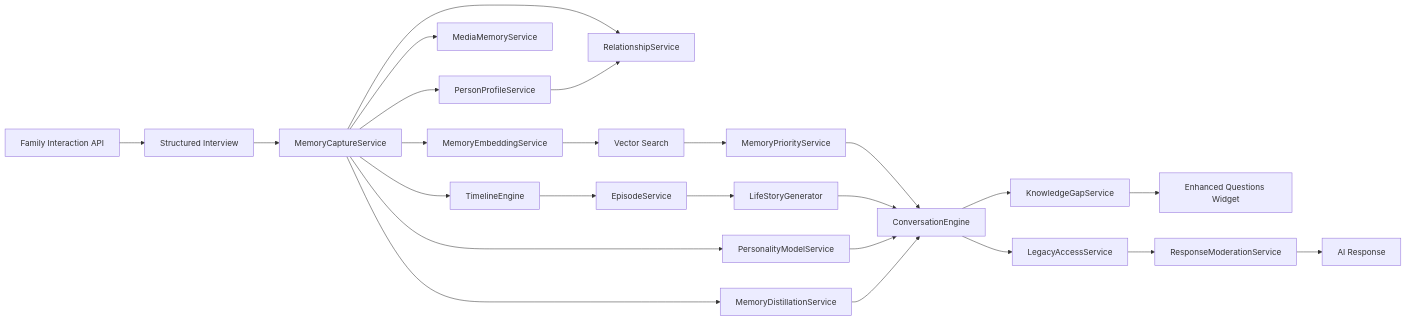
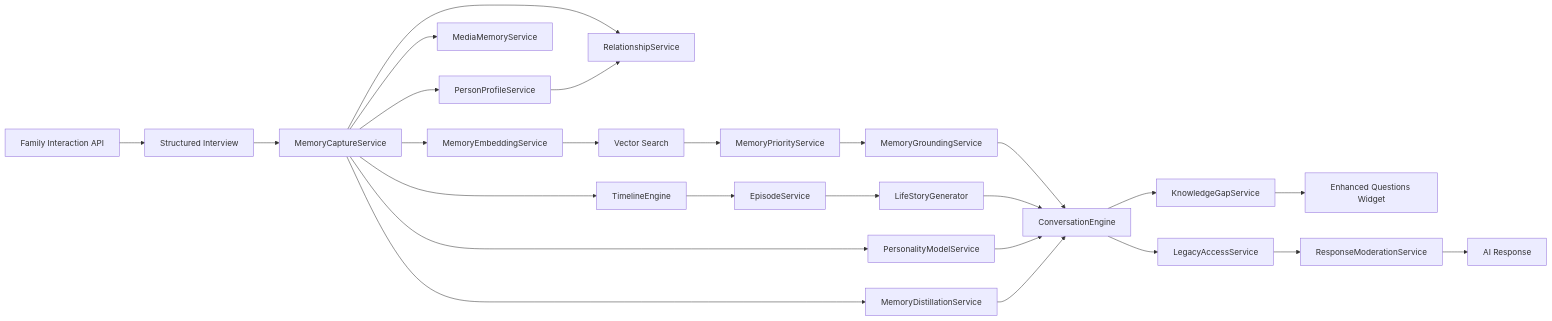
Before and after one commit to ali919191/legacyai: the diagram in README.md, drawn with Mermaid. The commit also changed other lines of this file and 5 other files, not shown here.

Commit message:
Add memory grounding layer to reduce hallucinations.

````diff
--- a/README.md
+++ b/README.md
@@ -209,39 +226,40 @@
 ```mermaid
 flowchart LR
     API[Family Interaction API]
     INTERVIEW[Structured Interview]
     MEMORY[MemoryCaptureService]
     PROFILE[PersonProfileService]
     RELATIONSHIP[RelationshipService]
     MEDIA[MediaMemoryService]
     TIMELINE[TimelineEngine]
     EPISODE[EpisodeService]
     EMBED[MemoryEmbeddingService]
     VECTOR[Vector Search]
     PRIORITY[MemoryPriorityService]
+    GROUNDING[MemoryGroundingService]
     STORY[LifeStoryGenerator]
     CONVO[ConversationEngine]
     GAP[KnowledgeGapService]
     WIDGET[Enhanced Questions Widget]
     PERSONA[PersonalityModelService]
     DISTILL[MemoryDistillationService]
     ACCESS[LegacyAccessService]
     MOD[ResponseModerationService]
     RESPONSE[AI Response]
 
     API --> INTERVIEW --> MEMORY
     MEMORY --> PROFILE
     MEMORY --> RELATIONSHIP
     PROFILE --> RELATIONSHIP
     MEMORY --> MEDIA
     MEMORY --> TIMELINE --> EPISODE
     EPISODE --> STORY
-    MEMORY --> EMBED --> VECTOR --> PRIORITY --> CONVO
+    MEMORY --> EMBED --> VECTOR --> PRIORITY --> GROUNDING --> CONVO
     STORY --> CONVO
     CONVO --> GAP --> WIDGET
     MEMORY --> PERSONA
     MEMORY --> DISTILL
     PERSONA --> CONVO
     DISTILL --> CONVO
     CONVO --> ACCESS --> MOD --> RESPONSE
 ```
````
